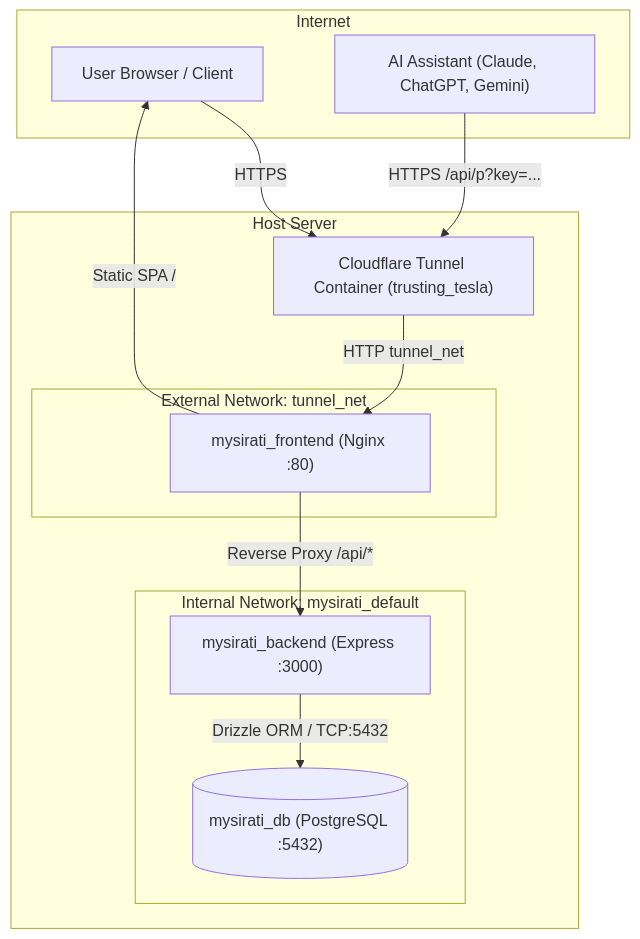
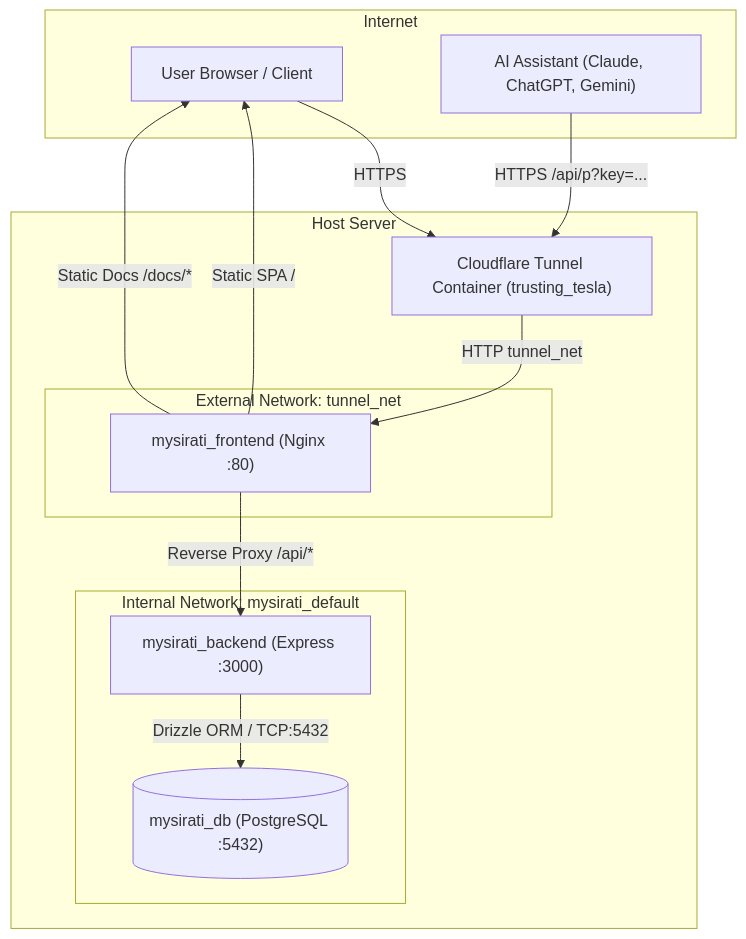
Before and after one commit to elfilaliamin/MySirati: the first of 2 diagrams in development-progress.md, drawn with Mermaid. The commit also changed other lines of this file and 44 other files, not shown here.

````diff
--- a/development-progress.md
+++ b/development-progress.md
@@ -38,28 +39,29 @@
 ```mermaid
 flowchart TD
     subgraph Internet
         UserBrowser["User Browser / Client"]
         AIAssistant["AI Assistant (Claude, ChatGPT, Gemini)"]
     end
 
     subgraph HostSystem["Host Server"]
         Tunnel["Cloudflare Tunnel Container (trusting_tesla)"]
         
         subgraph DockerNetworkTunnel["External Network: tunnel_net"]
             FrontendNginx["mysirati_frontend (Nginx :80)"]
         end
 
         subgraph DockerNetworkDefault["Internal Network: mysirati_default"]
             FrontendNginx
             BackendAPI["mysirati_backend (Express :3000)"]
             PostgresDB[("mysirati_db (PostgreSQL :5432)")]
         end
     end
 
     UserBrowser -->|"HTTPS"| Tunnel
     AIAssistant -->|"HTTPS /api/p?key=..."| Tunnel
     Tunnel -->|"HTTP tunnel_net"| FrontendNginx
     FrontendNginx -->|"Static SPA /"| UserBrowser
+    FrontendNginx -->|"Static Docs /docs/*"| UserBrowser
     FrontendNginx -->|"Reverse Proxy /api/*"| BackendAPI
     BackendAPI -->|"Drizzle ORM / TCP:5432"| PostgresDB
 ```
````
